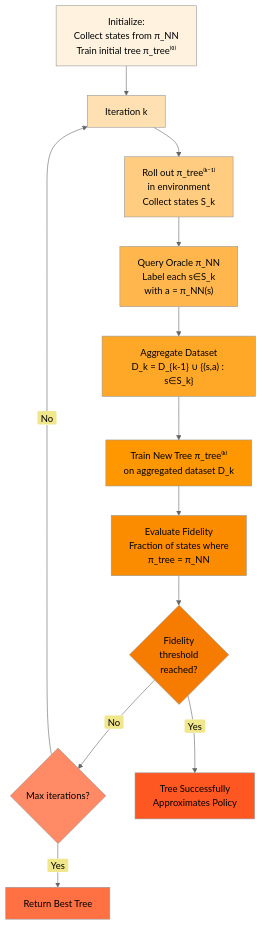
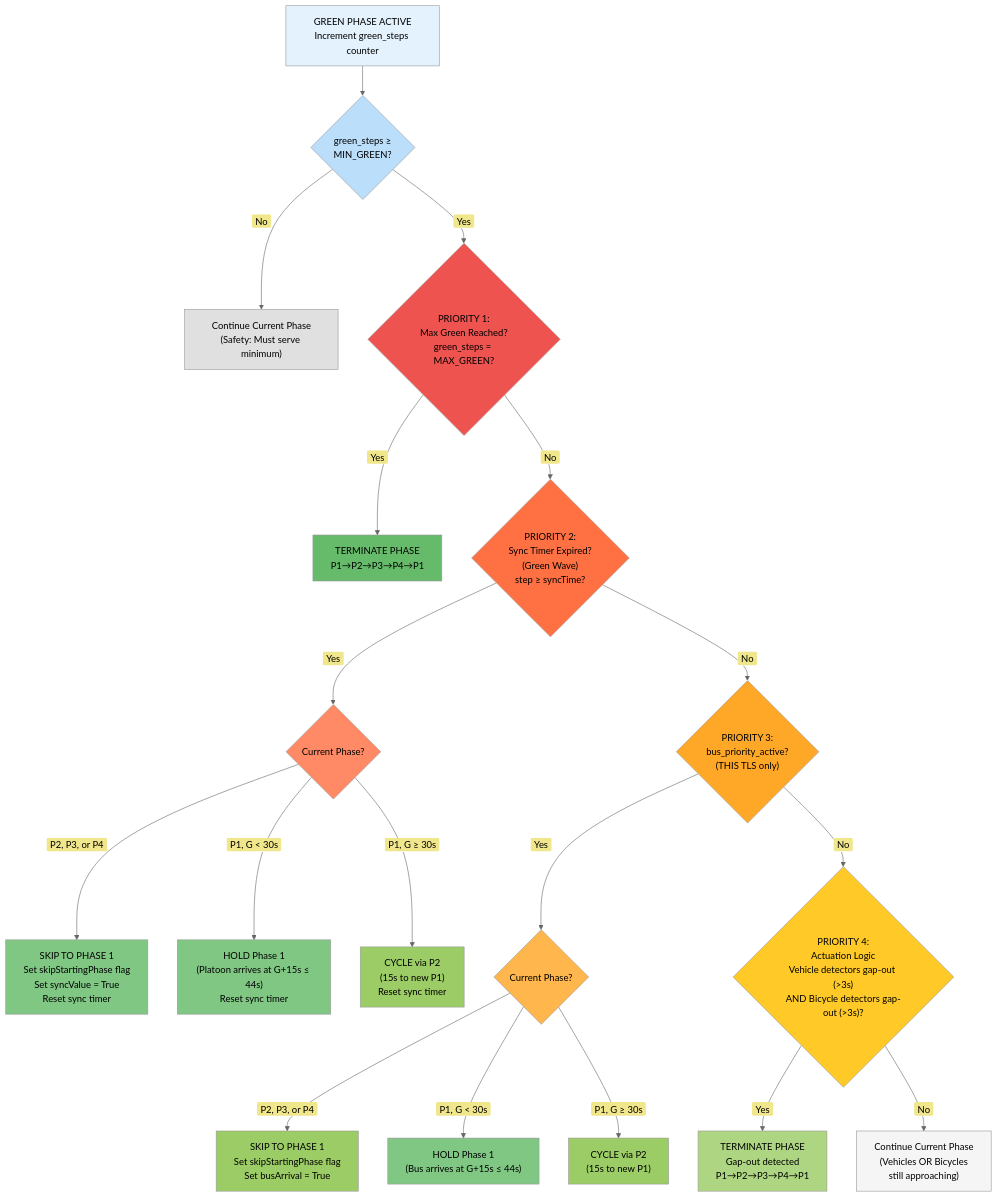
One commit to Chaklader/SignalSyncPro changed the fifth of 7 diagrams in papers/Theory_3.md. Above: the diagram before and after it, drawn with Mermaid (neutral theme). The commit also changed other lines of this file and 3 other files, not shown here.

````diff
--- a/papers/Theory_3.md
+++ b/papers/Theory_3.md
@@ -2134,34 +782,55 @@
 ```mermaid
 flowchart TD
-    A["Initialize:<br>Collect states from π_NN<br>Train initial tree π_tree⁽⁰⁾"] --> B["Iteration k"]
+    GreenStart["GREEN PHASE ACTIVE<br>Increment green_steps counter"] --> MinGreenCheck{"green_steps ≥<br>MIN_GREEN?"}
 
-    B --> C["Roll out π_tree⁽ᵏ⁻¹⁾<br>in environment<br>Collect states S_k"]
+    MinGreenCheck -->|<span style='background-color:khaki; color:black; padding:2px 6px; border-radius:3px'>No</span>| Continue0["Continue Current Phase<br>(Safety: Must serve minimum)"]
 
-    C --> D["Query Oracle π_NN<br>Label each s∈S_k<br>with a = π_NN(s)"]
+    MinGreenCheck -->|<span style='background-color:khaki; color:black; padding:2px 6px; border-radius:3px'>Yes</span>| Priority1{"PRIORITY 1:<br>Max Green Reached?<br>green_steps = MAX_GREEN?"}
 
-    D --> E["Aggregate Dataset<br>D_k = D_{k-1} ∪ {(s,a) : s∈S_k}"]
+    Priority1 -->|<span style='background-color:khaki; color:black; padding:2px 6px; border-radius:3px'>Yes</span>| Action1["TERMINATE PHASE<br>P1→P2→P3→P4→P1"]
 
-    E --> F["Train New Tree π_tree⁽ᵏ⁾<br>on aggregated dataset D_k"]
+    Priority1 -->|<span style='background-color:khaki; color:black; padding:2px 6px; border-radius:3px'>No</span>| Priority2a{"PRIORITY 2:<br>Sync Timer Expired?<br>(Green Wave)<br>step ≥ syncTime?"}
 
-    F --> G["Evaluate Fidelity<br>Fraction of states where<br>π_tree = π_NN"]
+    Priority2a -->|<span style='background-color:khaki; color:black; padding:2px 6px; border-radius:3px'>Yes</span>| Priority2b{"Current Phase?"}
 
-    G --> H{"Fidelity<br>threshold<br>reached?"}
+    Priority2b -->|<span style='background-color:khaki; color:black; padding:2px 6px; border-radius:3px'>P2, P3, or P4</span>| Action2["SKIP TO PHASE 1<br>Set skipStartingPhase flag<br>Set syncValue = True<br>Reset sync timer"]
 
-    H -->|<span style='background-color:khaki; color:black; padding:2px 6px; border-radius:3px'>No</span>| I{"Max iterations?"}
-    I -->|<span style='background-color:khaki; color:black; padding:2px 6px; border-radius:3px'>No</span>| B
-    I -->|<span style='background-color:khaki; color:black; padding:2px 6px; border-radius:3px'>Yes</span>| J["Return Best Tree"]
+    Priority2b -->|<span style='background-color:khaki; color:black; padding:2px 6px; border-radius:3px'>P1, G < 30s</span>| ContinueSync["HOLD Phase 1<br>(Platoon arrives at G+15s ≤ 44s)<br>Reset sync timer"]
 
-    H -->|<span style='background-color:khaki; color:black; padding:2px 6px; border-radius:3px'>Yes</span>| K["Tree Successfully<br>Approximates Policy"]
+    Priority2b -->|<span style='background-color:khaki; color:black; padding:2px 6px; border-radius:3px'>P1, G ≥ 30s</span>| CycleSync["CYCLE via P2<br>(15s to new P1)<br>Reset sync timer"]
 
-style A fill:#FFF3E0
-style B fill:#FFE0B2
-style C fill:#FFCC80
-style D fill:#FFB74D
-style E fill:#FFA726
-style F fill:#FF9800
-style G fill:#FB8C00
-style H fill:#F57C00
-style I fill:#FF8A65
-style J fill:#FF7043
-style K fill:#FF5722
+    Priority2a -->|<span style='background-color:khaki; color:black; padding:2px 6px; border-radius:3px'>No</span>| Priority3a{"PRIORITY 3:<br>bus_priority_active?<br>(THIS TLS only)"}
+
+    Priority3a -->|<span style='background-color:khaki; color:black; padding:2px 6px; border-radius:3px'>Yes</span>| Priority3b{"Current Phase?"}
+
+    Priority3b -->|<span style='background-color:khaki; color:black; padding:2px 6px; border-radius:3px'>P2, P3, or P4</span>| Action3["SKIP TO PHASE 1<br>Set skipStartingPhase flag<br>Set busArrival = True"]
+
+    Priority3b -->|<span style='background-color:khaki; color:black; padding:2px 6px; border-radius:3px'>P1, G < 30s</span>| ContinueP1["HOLD Phase 1<br>(Bus arrives at G+15s ≤ 44s)"]
+
+    Priority3b -->|<span style='background-color:khaki; color:black; padding:2px 6px; border-radius:3px'>P1, G ≥ 30s</span>| CycleP1["CYCLE via P2<br>(15s to new P1)"]
+
+    Priority3a -->|<span style='background-color:khaki; color:black; padding:2px 6px; border-radius:3px'>No</span>| Priority4{"PRIORITY 4:<br>Actuation Logic<br>Vehicle detectors gap-out (>3s)<br>AND Bicycle detectors gap-out (>3s)?"}
+
+    Priority4 -->|<span style='background-color:khaki; color:black; padding:2px 6px; border-radius:3px'>Yes</span>| Action4["TERMINATE PHASE<br>Gap-out detected<br>P1→P2→P3→P4→P1"]
+
+    Priority4 -->|<span style='background-color:khaki; color:black; padding:2px 6px; border-radius:3px'>No</span>| Continue2["Continue Current Phase<br>(Vehicles OR Bicycles<br>still approaching)"]
+
+    style GreenStart fill:#E3F2FD
+    style MinGreenCheck fill:#BBDEFB
+    style Priority1 fill:#EF5350
+    style Priority2a fill:#FF7043
+    style Priority2b fill:#FF8A65
+    style Priority3a fill:#FFA726
+    style Priority3b fill:#FFB74D
+    style Priority4 fill:#FFCA28
+    style Action1 fill:#66BB6A
+    style Action2 fill:#81C784
+    style Action3 fill:#9CCC65
+    style Action4 fill:#AED581
+    style ContinueSync fill:#81C784
+    style CycleSync fill:#9CCC65
+    style ContinueP1 fill:#81C784
+    style CycleP1 fill:#9CCC65
+    style Continue0 fill:#E0E0E0
+    style Continue2 fill:#F5F5F5
 ```
````
